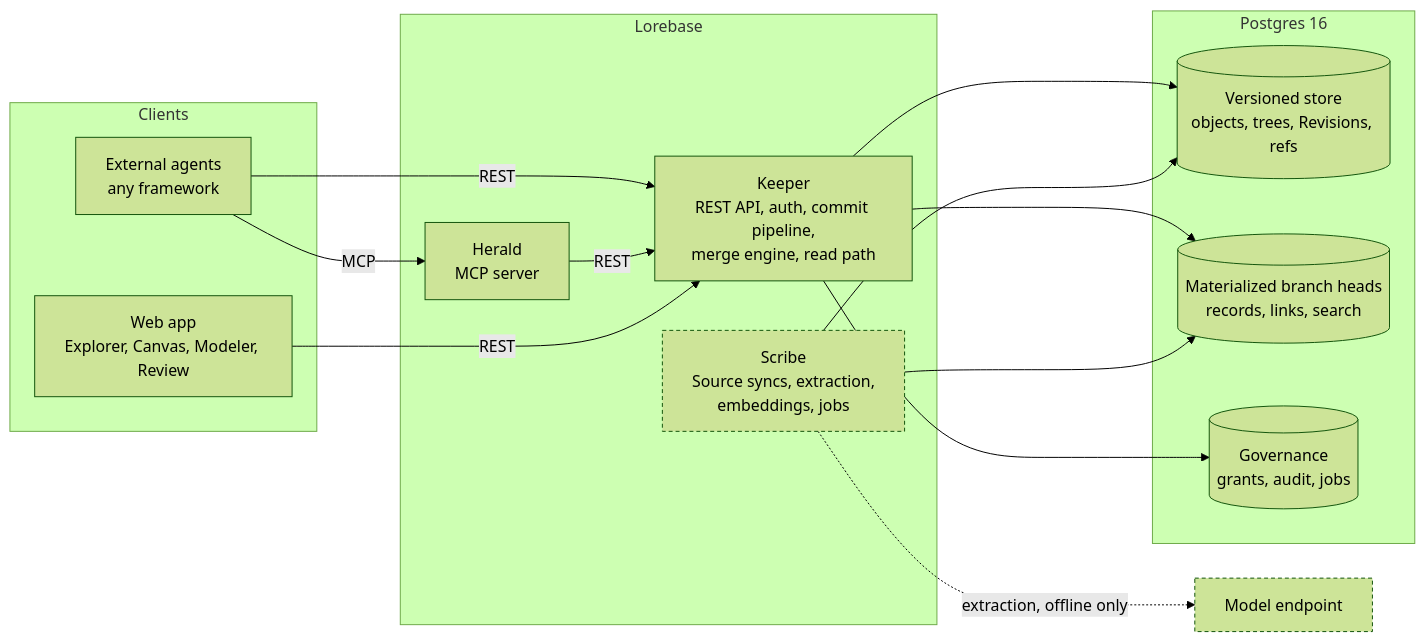
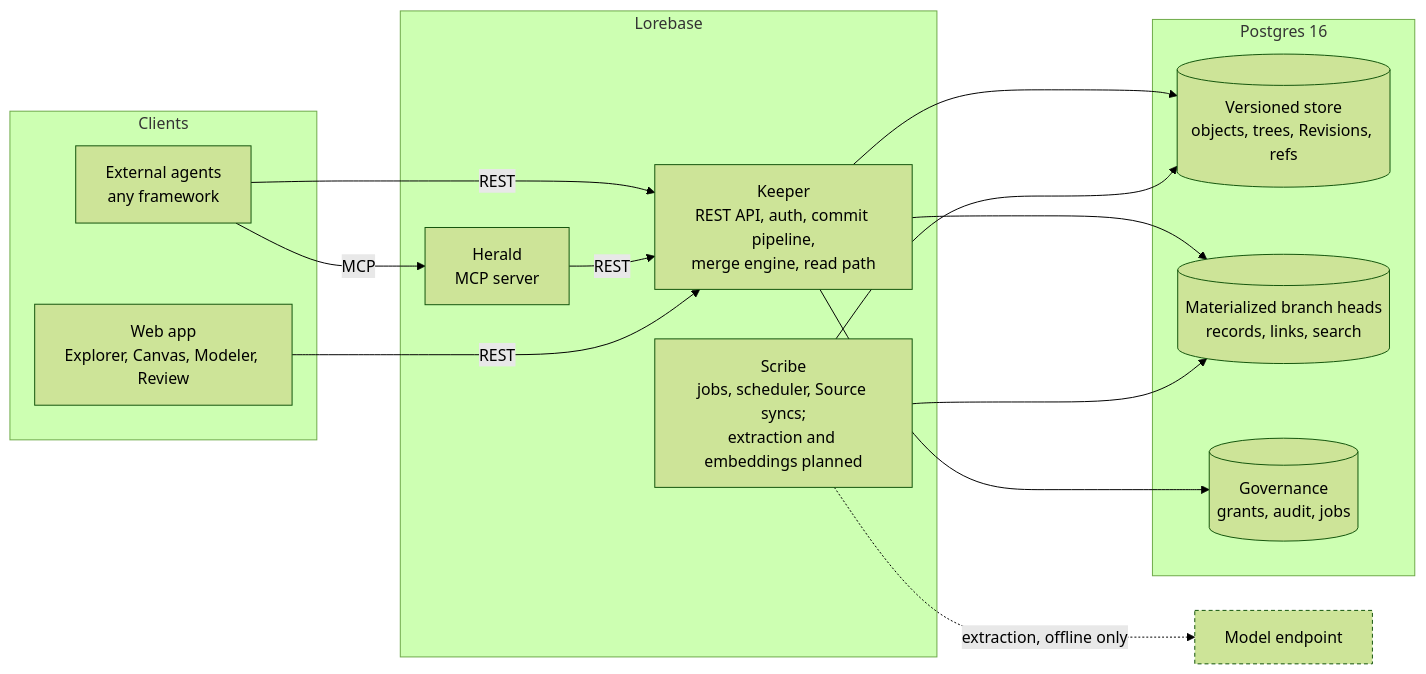
The diagram in README.md (aantenore/lorebase), drawn with Mermaid (forest theme) before and after one commit. The commit also changed other lines of this file and 14 other files, not shown here.

````diff
--- a/README.md
+++ b/README.md
@@ -136,32 +136,32 @@
 ```mermaid
 flowchart LR
   subgraph Clients
     A1[External agents<br/>any framework]
     A2[Web app<br/>Explorer, Canvas, Modeler, Review]
   end
 
   subgraph Lorebase
     H[Herald<br/>MCP server]
     K[Keeper<br/>REST API, auth, commit pipeline,<br/>merge engine, read path]
-    S[Scribe<br/>Source syncs, extraction,<br/>embeddings, jobs]:::planned
+    S[Scribe<br/>jobs, scheduler, Source syncs;<br/>extraction and embeddings planned]
   end
 
   subgraph PG[Postgres 16]
     V[(Versioned store<br/>objects, trees, Revisions, refs)]
     M[(Materialized branch heads<br/>records, links, search)]
     G[(Governance<br/>grants, audit, jobs)]
   end
 
   A1 -- MCP --> H
   A1 -- REST --> K
   H -- REST --> K
   A2 -- REST --> K
   K --> V
   K --> M
   K --> G
   S --> V
   S --> M
   S -. extraction, offline only .-> L[Model endpoint]:::planned
 
   classDef planned stroke-dasharray: 4 3
 ```
````
